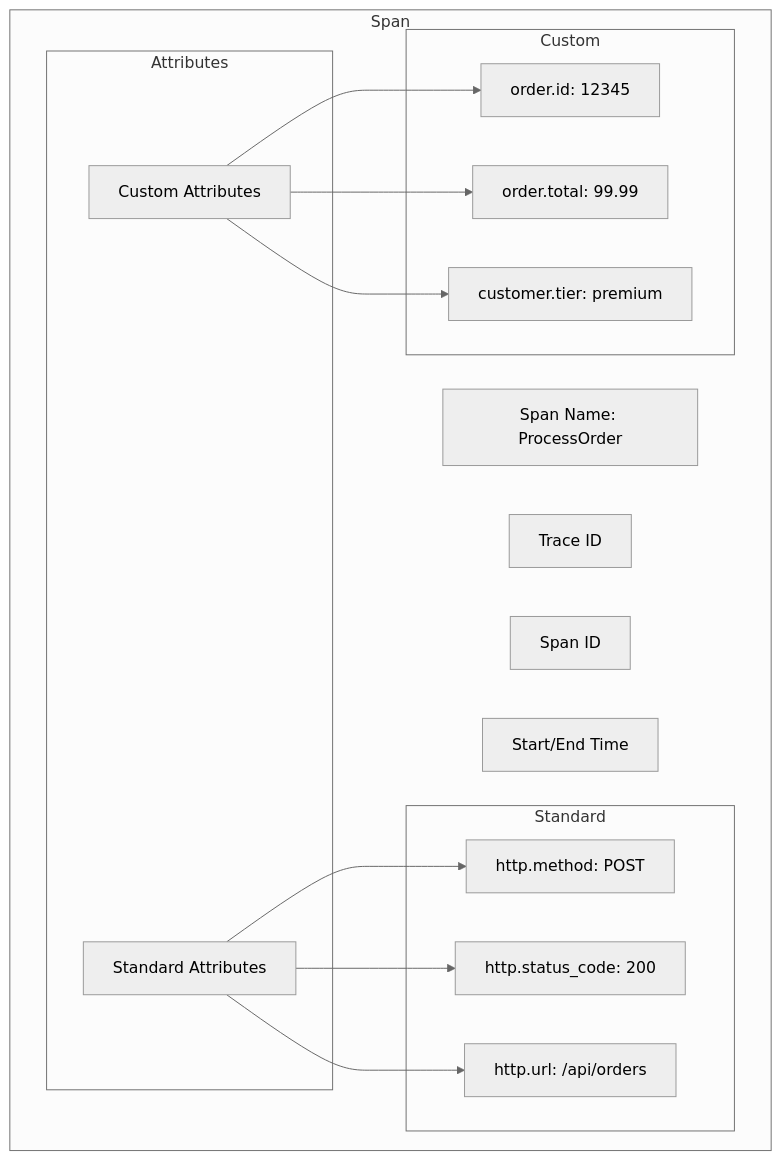
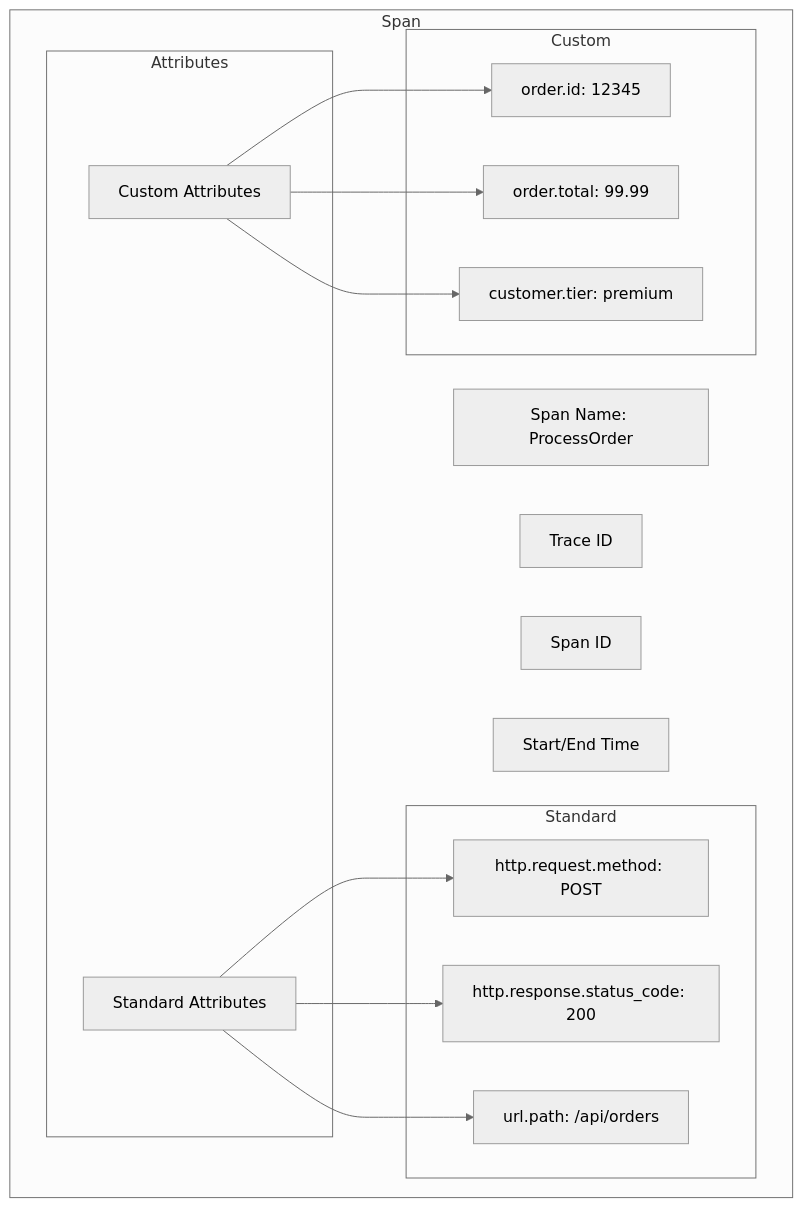
One commit to OneUptime/blog changed the first of 3 diagrams in posts/2026-01-24-opentelemetry-custom-span-attributes/README.md. Above: the diagram before and after it, drawn with Mermaid (neutral theme). The commit also changed other lines of this file and 2 other files, not shown here.

````diff
--- a/posts/2026-01-24-opentelemetry-custom-span-attributes/README.md
+++ b/posts/2026-01-24-opentelemetry-custom-span-attributes/README.md
@@ -19,26 +19,26 @@
 ```mermaid
 flowchart TD
     subgraph "Span"
         A[Span Name: ProcessOrder]
         B[Trace ID]
         C[Span ID]
         D[Start/End Time]
 
         subgraph "Attributes"
             E[Standard Attributes]
             F[Custom Attributes]
         end
 
         subgraph "Standard"
-            E --> G[http.method: POST]
-            E --> H[http.status_code: 200]
-            E --> I[http.url: /api/orders]
+            E --> G[http.request.method: POST]
+            E --> H[http.response.status_code: 200]
+            E --> I[url.path: /api/orders]
         end
 
         subgraph "Custom"
             F --> J[order.id: 12345]
             F --> K[order.total: 99.99]
             F --> L[customer.tier: premium]
         end
     end
 ```
````
